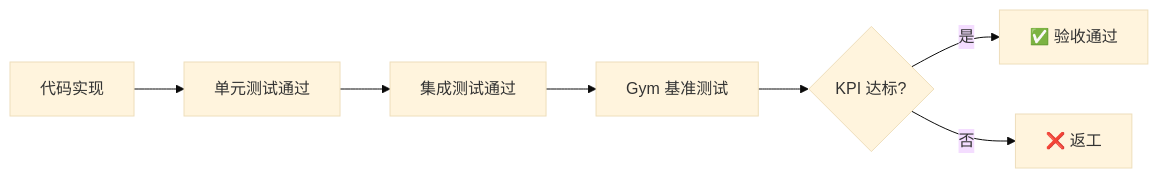
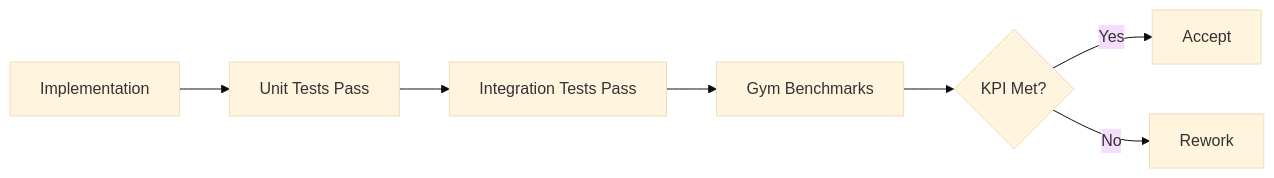
One commit to byoungd/keep-up changed the diagram in docs/roadmap/next-q3/acceptance-criteria.md. Above: the diagram before and after it, drawn with Mermaid (base theme). The commit also changed other lines of this file and 9 other files, not shown here.

Commit message:
docs: normalize Q3 roadmap docs

````diff
--- a/docs/roadmap/next-q3/acceptance-criteria.md
+++ b/docs/roadmap/next-q3/acceptance-criteria.md
@@ -10,9 +10,9 @@
 ```mermaid
 graph LR
-    A[代码实现] --> B[单元测试通过]
-    B --> C[集成测试通过]
-    C --> D[Gym 基准测试]
-    D --> E{KPI 达标?}
-    E -->|是| F[✅ 验收通过]
-    E -->|否| G[❌ 返工]
+    A[Implementation] --> B[Unit Tests Pass]
+    B --> C[Integration Tests Pass]
+    C --> D[Gym Benchmarks]
+    D --> E{KPI Met?}
+    E -->|Yes| F[Accept]
+    E -->|No| G[Rework]
 ```
````
